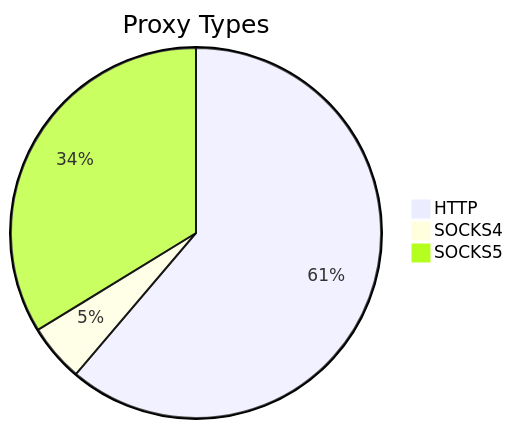
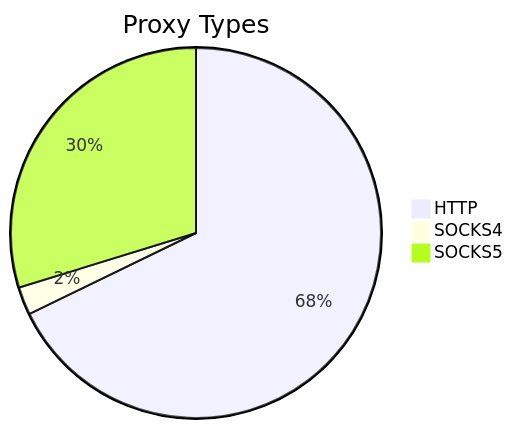
One commit to stormsia/proxy-list changed the first of 2 diagrams in README.md. Above: the diagram before and after it, drawn with Mermaid. The commit also changed other lines of this file, not shown here.

````diff
--- a/README.md
+++ b/README.md
@@ -21,6 +21,6 @@
 ```mermaid
 pie title Proxy Types
-    "HTTP" : 341
-    "SOCKS4" : 28
-    "SOCKS5" : 188
+    "HTTP" : 278
+    "SOCKS4" : 10
+    "SOCKS5" : 122
 ```
````
